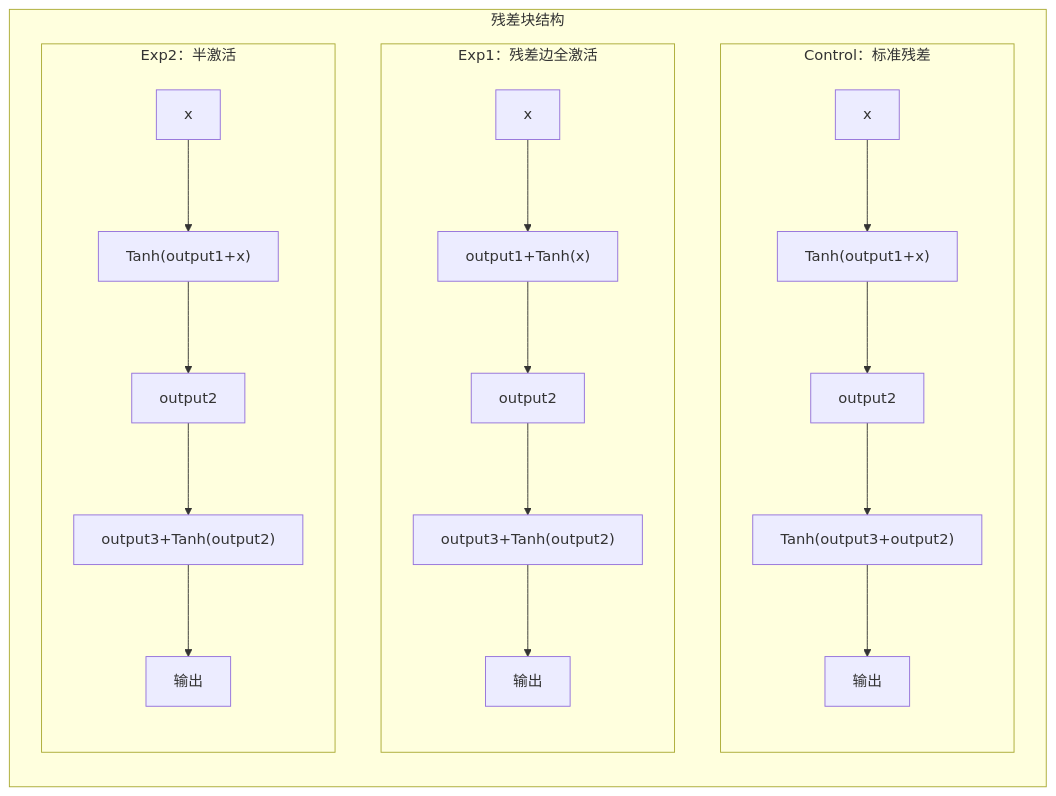
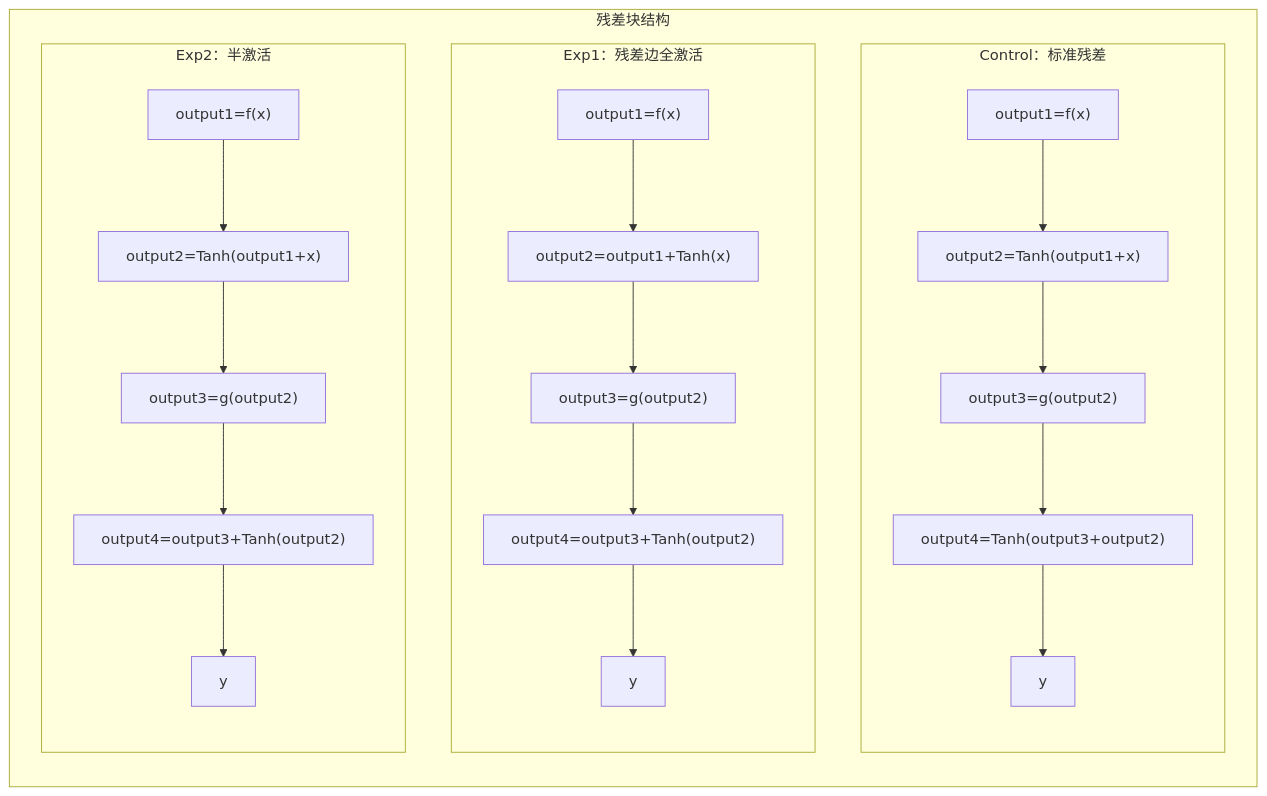
The fifth of 6 diagrams in README.md (57ws/Graph-Theory-Representation-of-Residual-Connection), drawn with Mermaid before and after one commit.

````diff
--- a/README.md
+++ b/README.md
@@ -132,21 +132,21 @@
 ```mermaid
 graph LR
     subgraph 残差块结构
         direction TB
         
         subgraph 对照组[Control：标准残差]
             direction TB
-            C1["x"] --> C2["Tanh(output1+x)"] --> C3["output2"] --> C4["Tanh(output3+output2)"] --> C5["输出"]
+            C1["output1=f(x)"] --> C2["output2=Tanh(output1+x)"] --> C3["output3=g(output2)"] --> C4["output4=Tanh(output3+output2)"] --> C5["y"]
         end
         
         subgraph 实验组1[Exp1：残差边全激活]
             direction TB
-            E1a["x"] --> E2a["output1+Tanh(x)"] --> E3a["output2"] --> E4a["output3+Tanh(output2)"] --> E5a["输出"]
+            E1a["output1=f(x)"] --> E2a["output2=output1+Tanh(x)"] --> E3a["output3=g(output2)"] --> E4a["output4=output3+Tanh(output2)"] --> E5a["y"]
         end
         
         subgraph 实验组2[Exp2：半激活]
             direction TB
-            E1b["x"] --> E2b["Tanh(output1+x)"] --> E3b["output2"] --> E4b["output3+Tanh(output2)"] --> E5b["输出"]
+            E1b["output1=f(x)"] --> E2b["output2=Tanh(output1+x)"] --> E3b["output3=g(output2)"] --> E4b["output4=output3+Tanh(output2)"] --> E5b["y"]
         end
     end
 ```
````
